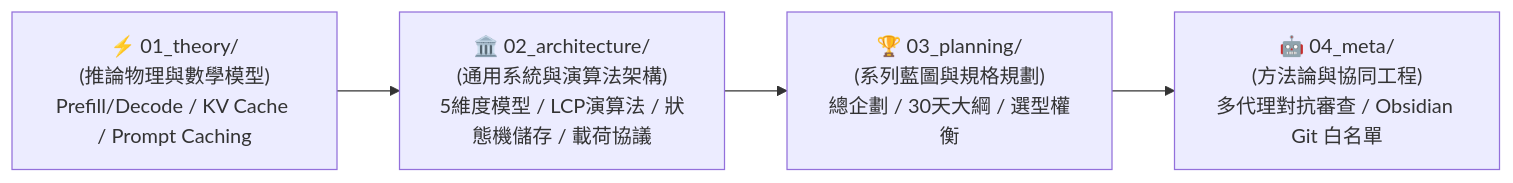
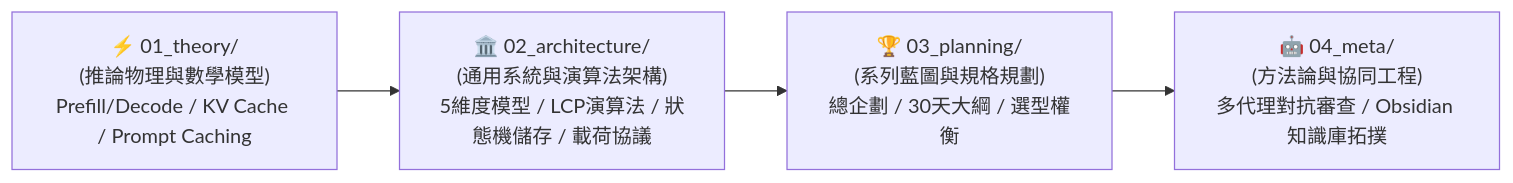
One commit to daniel-yang1739/Hemidall changed the diagram in docs/02_wiki/index.md. Above: the diagram before and after it, drawn with Mermaid. The commit also changed other lines of this file and 7 other files, not shown here.

Commit message:
docs(meta): rename and enrich Obsidian_Vault_Topology card with file tree and mandates; update feedbacks

````diff
--- a/docs/02_wiki/index.md
+++ b/docs/02_wiki/index.md
@@ -11,6 +53,6 @@
 ```mermaid
 flowchart LR
     M1["⚡ 01_theory/<br/>(推論物理與數學模型)<br/>Prefill/Decode / KV Cache / Prompt Caching"] --> M2["🏛️ 02_architecture/<br/>(通用系統與演算法架構)<br/>5維度模型 / LCP演算法 / 狀態機儲存 / 載荷協議"]
     M2 --> M3["🏆 03_planning/<br/>(系列藍圖與規格規劃)<br/>總企劃 / 30天大綱 / 選型權衡"]
-    M3 --> M4["🤖 04_meta/<br/>(方法論與協同工程)<br/>多代理對抗審查 / Obsidian Git 白名單"]
+    M3 --> M4["🤖 04_meta/<br/>(方法論與協同工程)<br/>多代理對抗審查 / Obsidian 知識庫拓撲"]
 ```
````
